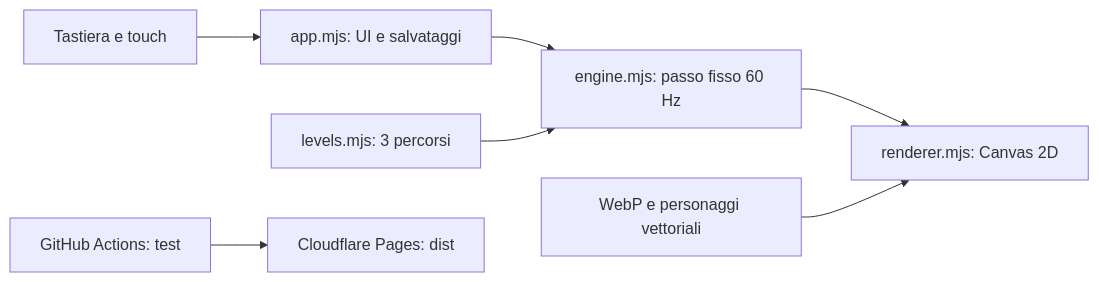
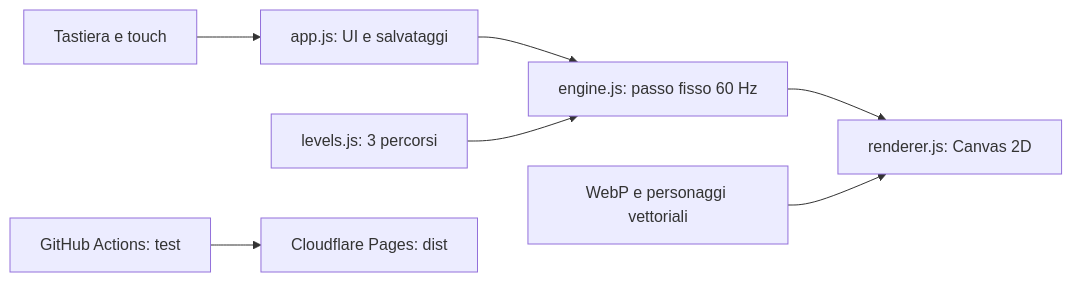
One commit to albertogiacomel/SaltiMagici changed the diagram in README.md. Above: the diagram before and after it, drawn with Mermaid. The commit also changed 1 other file, not shown here.

Commit message:
docs(esm): align architecture diagram and translation paths to Pure ESM .js

````diff
--- a/README.md
+++ b/README.md
@@ -36,9 +36,9 @@
 ```mermaid
 flowchart LR
-  Input[Tastiera e touch] --> App[app.mjs: UI e salvataggi]
-  App --> Engine[engine.mjs: passo fisso 60 Hz]
-  Levels[levels.mjs: 3 percorsi] --> Engine
-  Engine --> Renderer[renderer.mjs: Canvas 2D]
+  Input[Tastiera e touch] --> App[app.js: UI e salvataggi]
+  App --> Engine[engine.js: passo fisso 60 Hz]
+  Levels[levels.js: 3 percorsi] --> Engine
+  Engine --> Renderer[renderer.js: Canvas 2D]
   Artwork[WebP e personaggi vettoriali] --> Renderer
   GitHub[GitHub Actions: test] --> Pages[Cloudflare Pages: dist]
 ```
````
